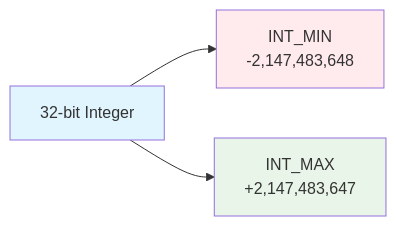
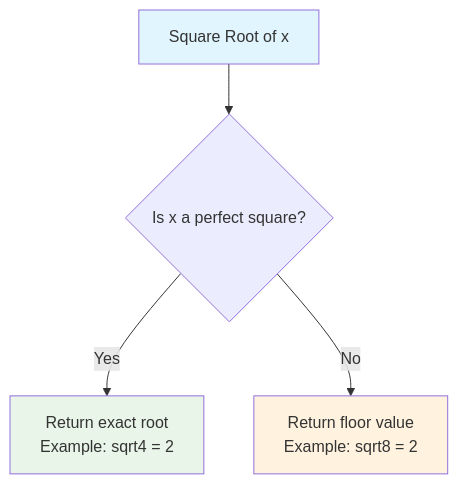
One commit to LuckyLongre123/README_RUNNER changed the first of 14 diagrams in README.md. Above: the diagram before and after it, drawn with Mermaid. The commit also changed other lines of this file, not shown here.

````diff
--- a/README.md
+++ b/README.md
@@ -40,9 +40,10 @@
 ```mermaid
-graph LR
-    A[32-bit Integer] --> B[INT_MIN<br/>-2,147,483,648]
-    A --> C[INT_MAX<br/>+2,147,483,647]
+flowchart TD
+    A[Square Root of x] --> B{Is x a perfect square?}
+    B -->|Yes| C[Return exact root<br/>Example: sqrt4 = 2]
+    B -->|No| D[Return floor value<br/>Example: sqrt8 = 2]
     
     style A fill:#e1f5fe
-    style B fill:#ffebee
     style C fill:#e8f5e8
+    style D fill:#fff3e0
 ```
````
